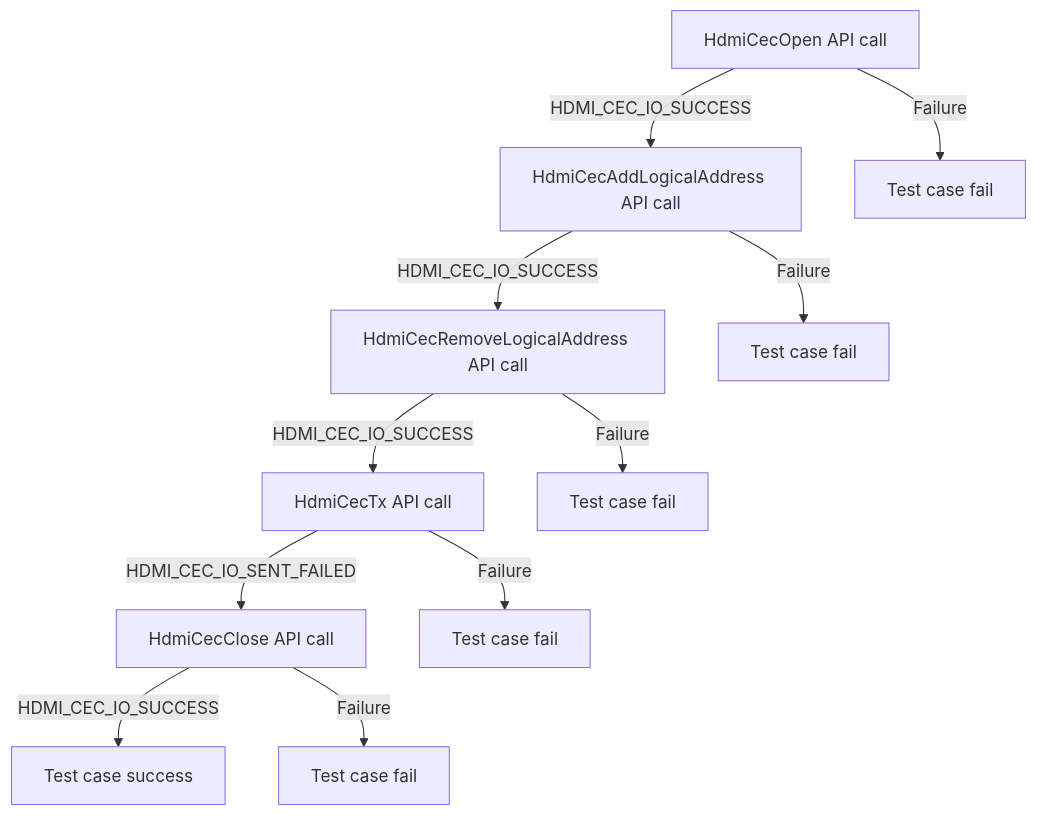
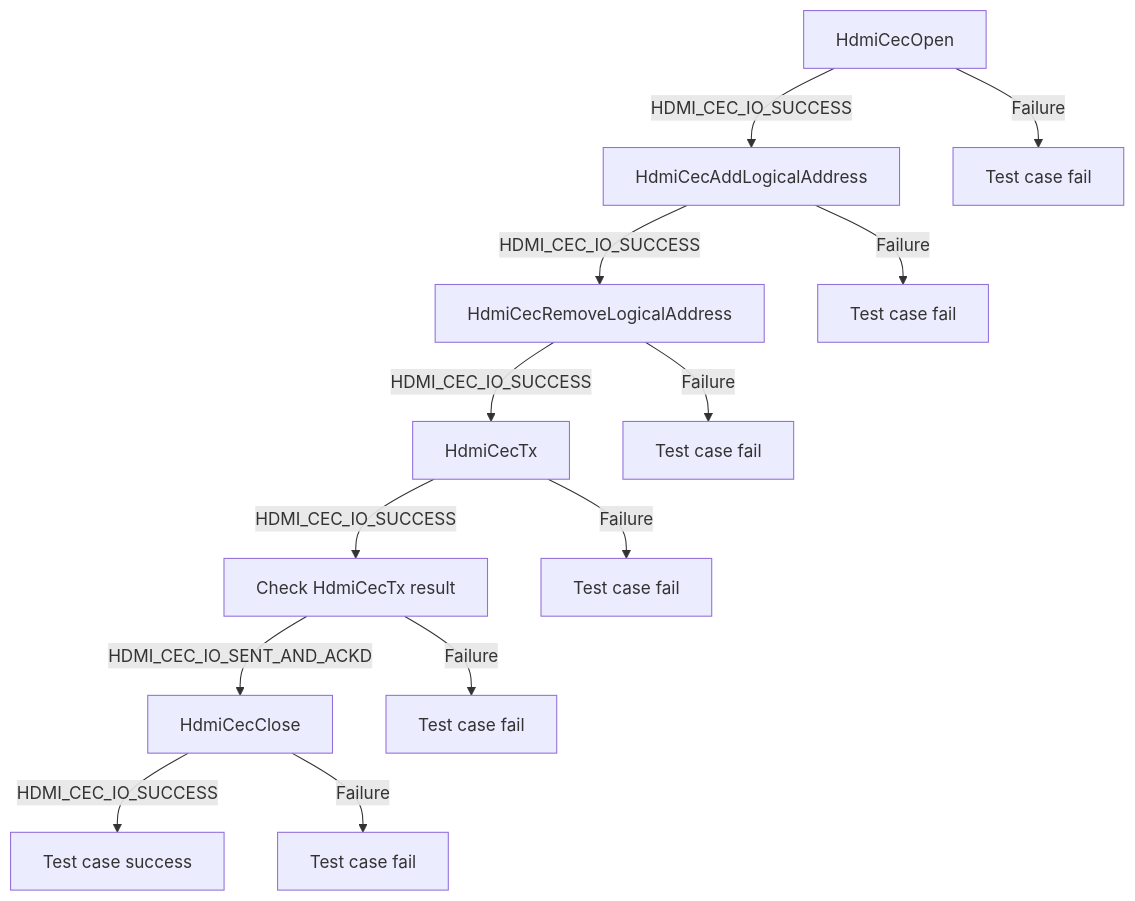
One commit to rdkcentral/rdk-halif-test-hdmi_cec changed the fourth of 6 diagrams in docs/pages/l2_hdmi_cec_driver_test_specification.md. Above: the diagram before and after it, drawn with Mermaid. The commit also changed other lines of this file and 4 other files, not shown here.

Commit message:
L2 Tests for HDMI CEC Generate L2 tests for the updated  HL spec and Interface file

````diff
--- a/docs/pages/l2_hdmi_cec_driver_test_specification.md
+++ b/docs/pages/l2_hdmi_cec_driver_test_specification.md
@@ -213,13 +214,15 @@
 ```mermaid
 graph TB
-A[HdmiCecOpen API call] -->|HDMI_CEC_IO_SUCCESS| B[HdmiCecAddLogicalAddress API call]
-A -->|Failure| A1[Test case fail]
-B -->|HDMI_CEC_IO_SUCCESS| C[HdmiCecRemoveLogicalAddress API call]
-B -->|Failure| B1[Test case fail]
-C -->|HDMI_CEC_IO_SUCCESS| D[HdmiCecTx API call]
-C -->|Failure| C1[Test case fail]
-D -->|HDMI_CEC_IO_SENT_FAILED| E[HdmiCecClose API call]
-D -->|Failure| D1[Test case fail]
-E -->|HDMI_CEC_IO_SUCCESS| F[Test case success]
-E -->|Failure| E1[Test case fail]
+A[HdmiCecOpen] -- "HDMI_CEC_IO_SUCCESS" --> B[HdmiCecAddLogicalAddress]
+A -- "Failure" --> A1[Test case fail]
+B -- "HDMI_CEC_IO_SUCCESS" --> C[HdmiCecRemoveLogicalAddress]
+B -- "Failure" --> B1[Test case fail]
+C -- "HDMI_CEC_IO_SUCCESS" --> D[HdmiCecTx]
+C -- "Failure" --> C1[Test case fail]
+D -- "HDMI_CEC_IO_SUCCESS" --> E[Check HdmiCecTx result]
+D -- "Failure" --> D1[Test case fail]
+E -- "HDMI_CEC_IO_SENT_AND_ACKD" --> F[HdmiCecClose]
+E -- "Failure" --> E1[Test case fail]
+F -- "HDMI_CEC_IO_SUCCESS" --> G[Test case success]
+F -- "Failure" --> F1[Test case fail]
 ```
````
